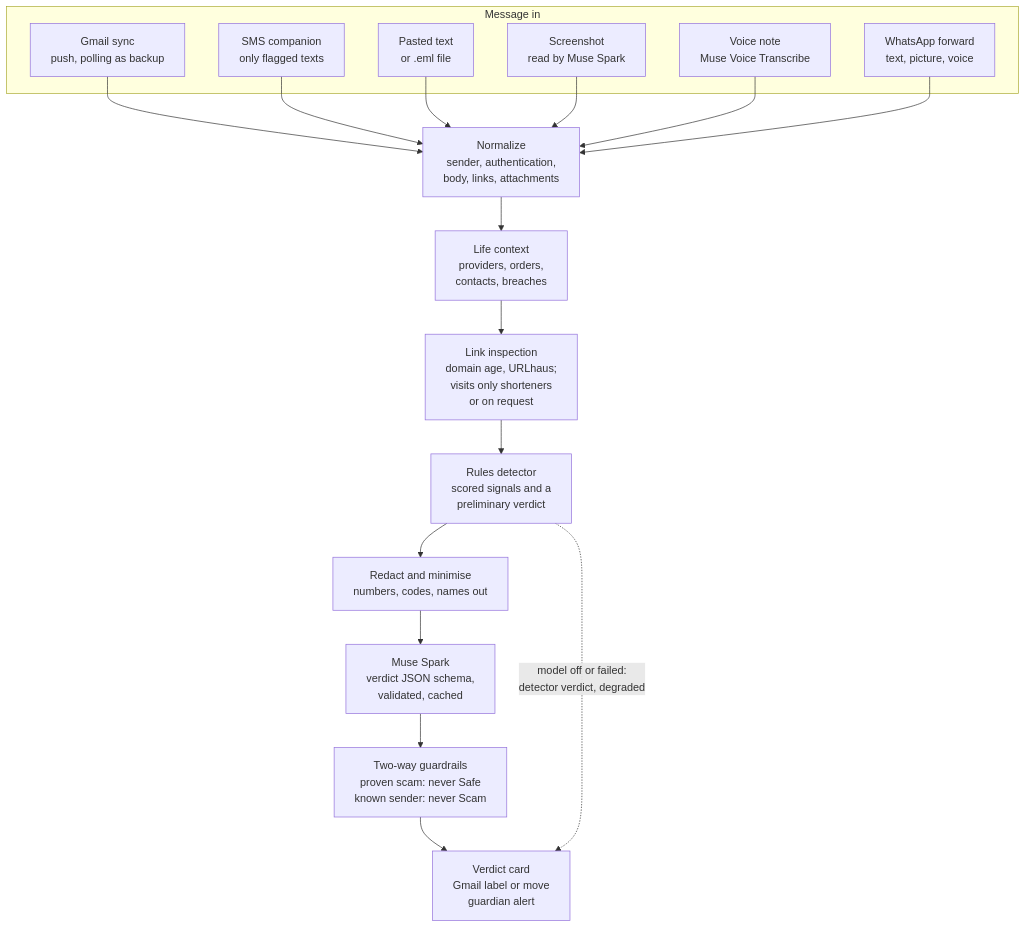
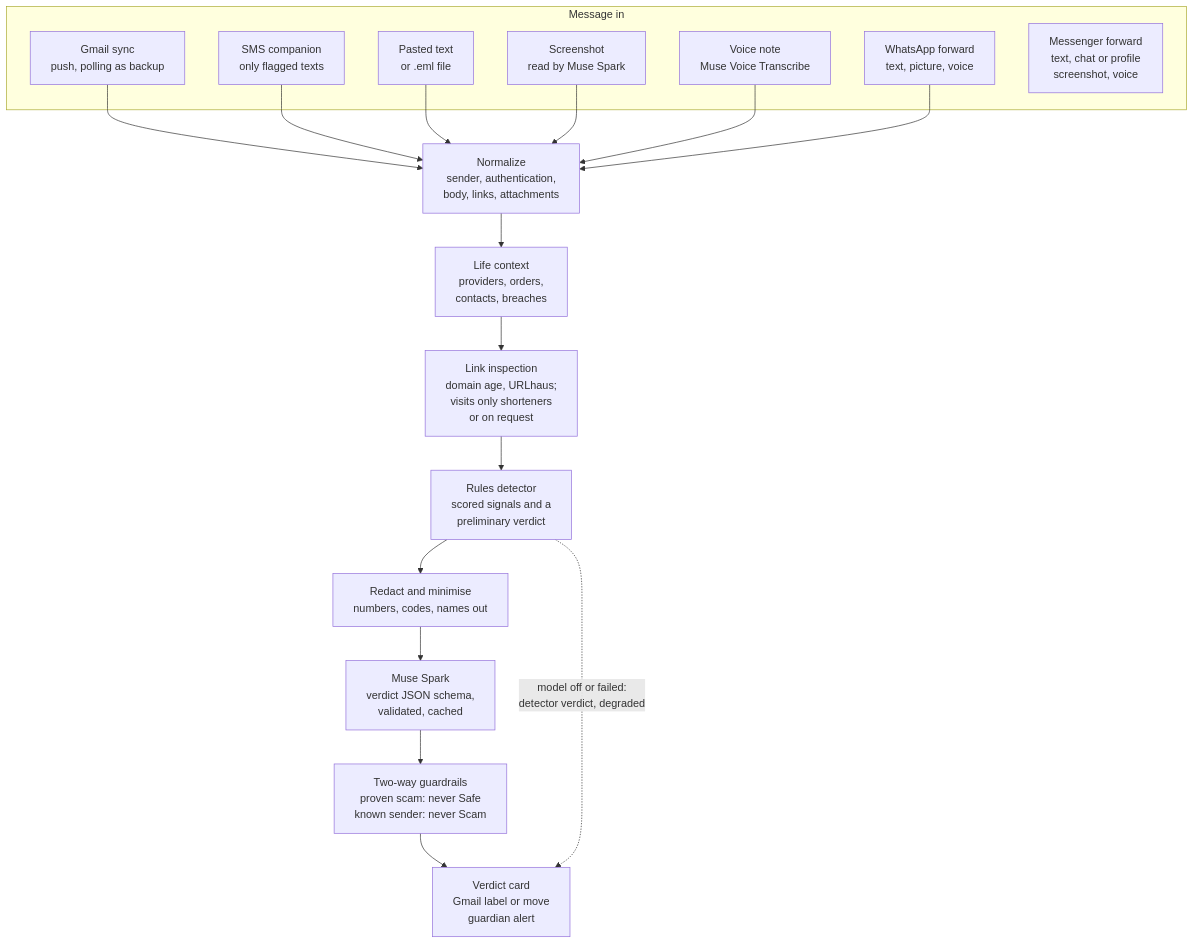
Before and after one commit to hadrienbaradel/scam-shield: the diagram in docs/ARCHITECTURE.md, drawn with Mermaid. The commit also changed other lines of this file and 3 other files, not shown here.

Commit message:
Docs: the Messenger channel in the architecture (webhook, grouped conversation, no token to the CDN, the decision), its keys by name in the secrets rules, spec status Partial (coded and tested, unverified live)

````diff
--- a/docs/ARCHITECTURE.md
+++ b/docs/ARCHITECTURE.md
@@ -19,21 +19,22 @@
 ```mermaid
 flowchart TD
   subgraph IN["Message in"]
     GM["Gmail sync<br/>push, polling as backup"]
     SMS["SMS companion<br/>only flagged texts"]
     TXT["Pasted text<br/>or .eml file"]
     IMG["Screenshot<br/>read by Muse Spark"]
     VOX["Voice note<br/>Muse Voice Transcribe"]
     WA["WhatsApp forward<br/>text, picture, voice"]
+    FB["Messenger forward<br/>text, chat or profile<br/>screenshot, voice"]
   end
   NORM["Normalize<br/>sender, authentication,<br/>body, links, attachments"]
   CTX["Life context<br/>providers, orders,<br/>contacts, breaches"]
   LINK["Link inspection<br/>domain age, URLhaus;<br/>visits only shorteners<br/>or on request"]
   DET["Rules detector<br/>scored signals and a<br/>preliminary verdict"]
   RED["Redact and minimise<br/>numbers, codes, names out"]
   MUSE["Muse Spark<br/>verdict JSON schema,<br/>validated, cached"]
   GUARD["Two-way guardrails<br/>proven scam: never Safe<br/>known sender: never Scam"]
   OUT["Verdict card<br/>Gmail label or move<br/>guardian alert"]
   GM & SMS & TXT & IMG & VOX & WA --> NORM --> CTX --> LINK --> DET --> RED --> MUSE --> GUARD --> OUT
   DET -. "model off or failed:<br/>detector verdict, degraded" .-> OUT
 ```
````
